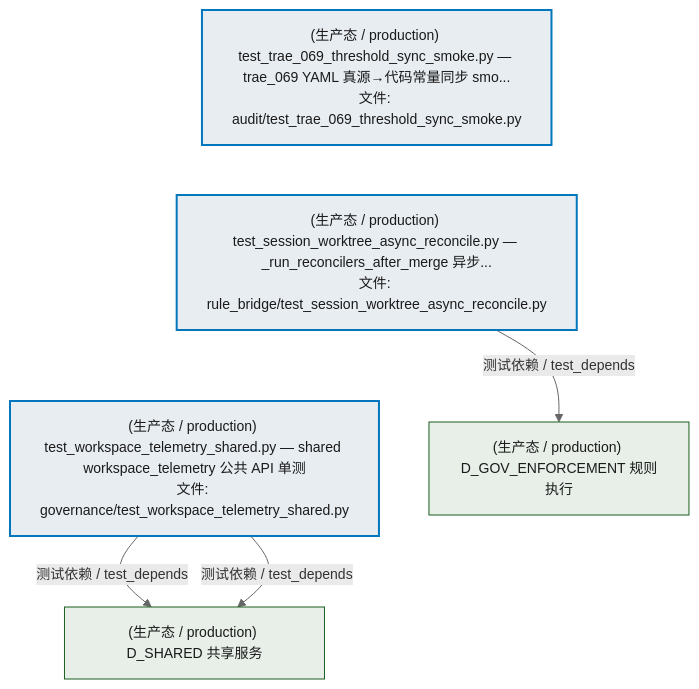
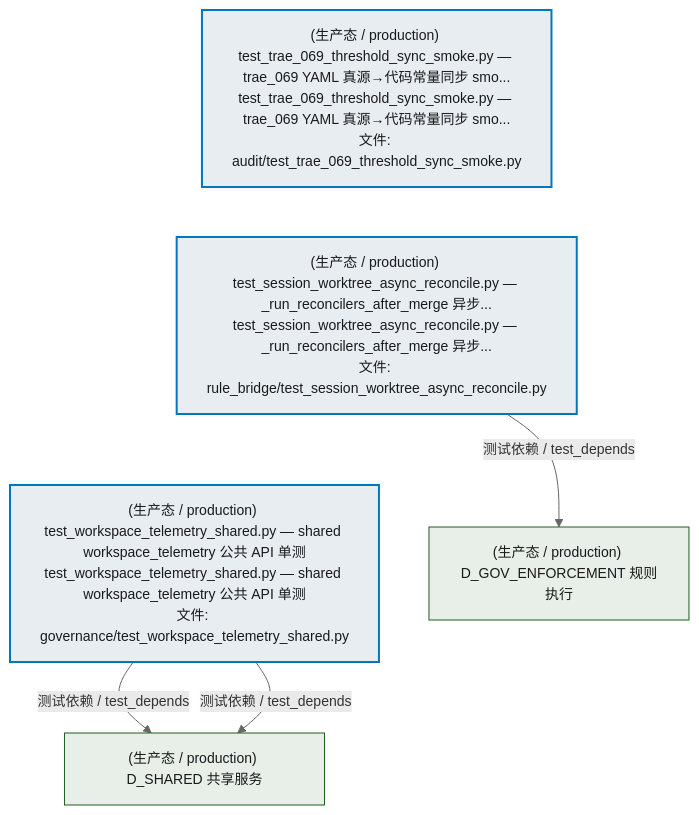
Before and after one commit to xuanFelixVan/ZephyrAlpha: the fifth of 8 diagrams in docs/02_enterprise_architecture/02_domain_architecture_docs/50_d_gov_audit.md, drawn with Mermaid. The commit also changed other lines of this file and 80 other files, not shown here.

````diff
--- a/docs/02_enterprise_architecture/02_domain_architecture_docs/50_d_gov_audit.md
+++ b/docs/02_enterprise_architecture/02_domain_architecture_docs/50_d_gov_audit.md
@@ -685,20 +687,20 @@
 ```mermaid
 %%{init: {'theme': 'base', 'themeVariables': {'primaryColor': '#eaeaea', 'primaryTextColor': '#333333', 'primaryBorderColor': '#666666', 'lineColor': '#666666', 'secondaryColor': '#eaeaea', 'tertiaryColor': '#eaeaea', 'fontSize': '14px'}}}%%
 flowchart TD
-    tests_governance_audit_test_trae_069_threshold_sync_smoke_py["(生产态 / production) test_trae_069_threshold_sync_smoke.py — trae_069 YAML 真源→代码常量同步 smo...<br/>文件: audit/test_trae_069_threshold_sync_smoke.py"]
-    tests_governance_rule_bridge_test_session_worktree_async_reconcile_py["(生产态 / production) test_session_worktree_async_reconcile.py — _run_reconcilers_after_merge 异步...<br/>文件: rule_bridge/test_session_worktree_async_reconcile.py"]
-    tests_governance_test_workspace_telemetry_shared_py["(生产态 / production) test_workspace_telemetry_shared.py — shared workspace_telemetry 公共 API 单测<br/>文件: governance/test_workspace_telemetry_shared.py"]
+    tests_governance_audit_test_trae_069_threshold_sync_smoke_py["(生产态 / production) test_trae_069_threshold_sync_smoke.py — trae_069 YAML 真源→代码常量同步 smo...<br/>test_trae_069_threshold_sync_smoke.py — trae_069 YAML 真源→代码常量同步 smo...<br/>文件: audit/test_trae_069_threshold_sync_smoke.py"]
+    tests_governance_rule_bridge_test_session_worktree_async_reconcile_py["(生产态 / production) test_session_worktree_async_reconcile.py — _run_reconcilers_after_merge 异步...<br/>test_session_worktree_async_reconcile.py — _run_reconcilers_after_merge 异步...<br/>文件: rule_bridge/test_session_worktree_async_reconcile.py"]
+    tests_governance_test_workspace_telemetry_shared_py["(生产态 / production) test_workspace_telemetry_shared.py — shared workspace_telemetry 公共 API 单测<br/>test_workspace_telemetry_shared.py — shared workspace_telemetry 公共 API 单测<br/>文件: governance/test_workspace_telemetry_shared.py"]
     tests_governance_audit_test_trae_069_threshold_sync_smoke_py ~~~ tests_governance_rule_bridge_test_session_worktree_async_reconcile_py
     tests_governance_rule_bridge_test_session_worktree_async_reconcile_py ~~~ tests_governance_test_workspace_telemetry_shared_py
     D_SHARED["(生产态 / production) D_SHARED 共享服务"]
     tests_governance_test_workspace_telemetry_shared_py -->|测试依赖 / test_depends| D_SHARED
     tests_governance_test_workspace_telemetry_shared_py -->|测试依赖 / test_depends| D_SHARED
     D_GOV_ENFORCEMENT["(生产态 / production) D_GOV_ENFORCEMENT 规则执行"]
     tests_governance_rule_bridge_test_session_worktree_async_reconcile_py -->|测试依赖 / test_depends| D_GOV_ENFORCEMENT
     classDef production fill:#e8edf2,stroke:#0277bd,stroke-width:2px,color:#1a1a1a
     classDef design fill:#f0ebe3,stroke:#bf360c,stroke-width:2px,color:#1a1a1a,stroke-dasharray: 5 5
     classDef external_prod fill:#e8efe9,stroke:#1b5e20,stroke-width:1px,color:#1a1a1a
     classDef external_design fill:#efe5ea,stroke:#880e4f,stroke-width:1px,color:#1a1a1a,stroke-dasharray: 5 5
     class tests_governance_audit_test_trae_069_threshold_sync_smoke_py,tests_governance_rule_bridge_test_session_worktree_async_reconcile_py,tests_governance_test_workspace_telemetry_shared_py production
     class D_SHARED,D_GOV_ENFORCEMENT external_prod
 ```
````
